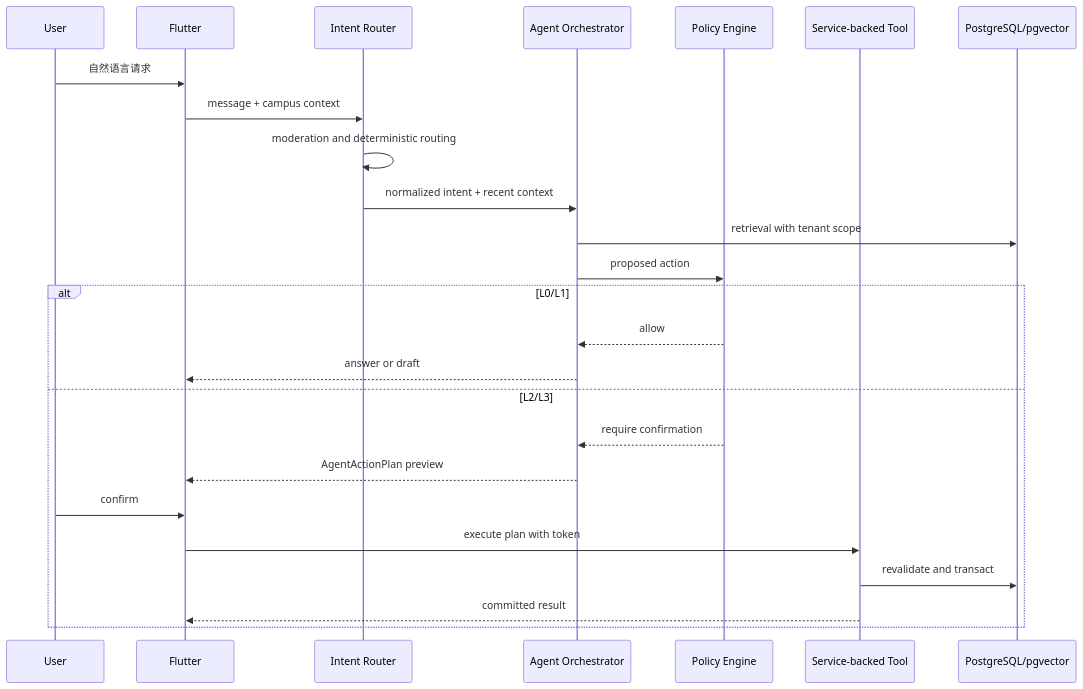
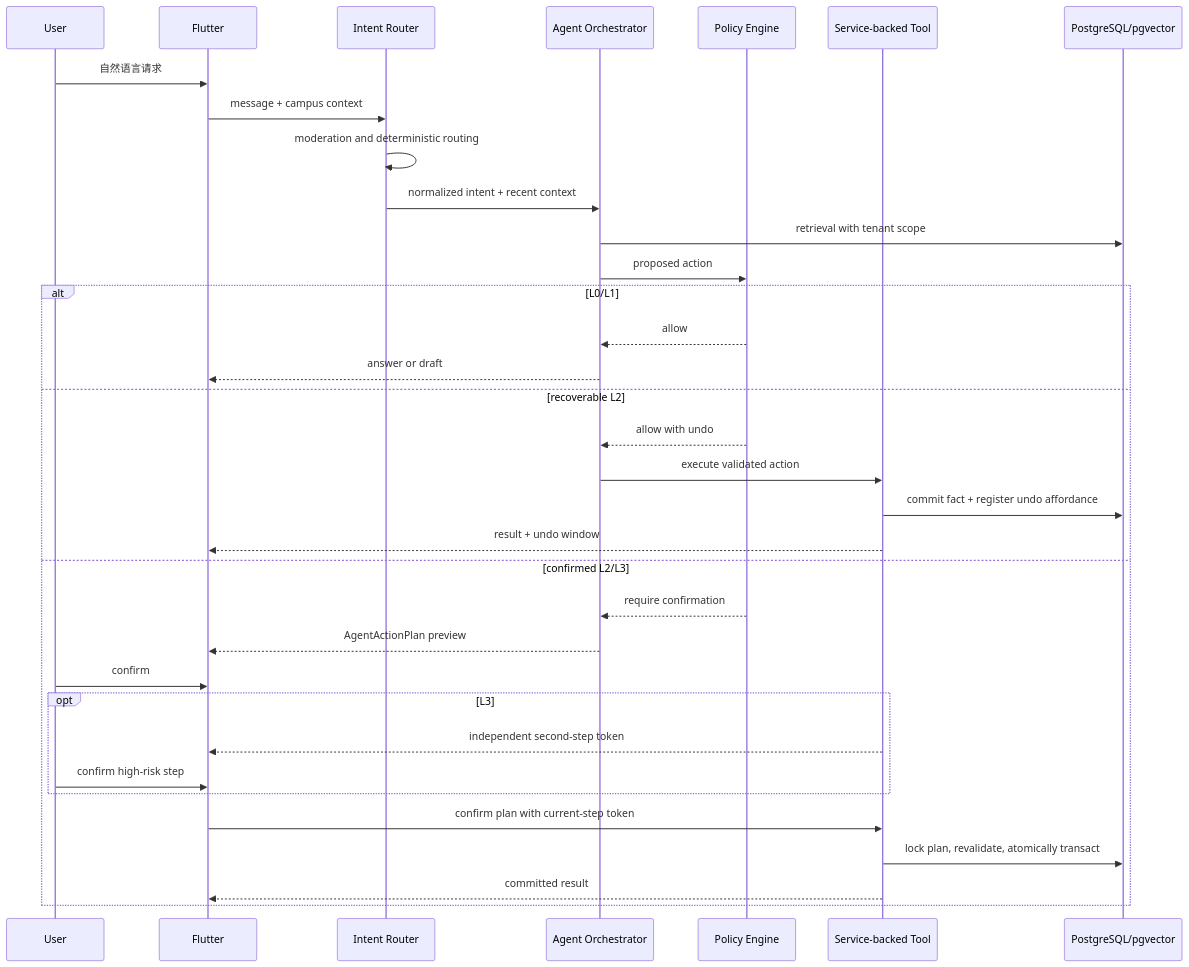
One commit to McTr0/Goods4ncu changed the diagram in docs/agent-system.md. Above: the diagram before and after it, drawn with Mermaid. The commit also changed other lines of this file and 24 other files, not shown here.

````diff
--- a/docs/agent-system.md
+++ b/docs/agent-system.md
@@ -43,28 +46,37 @@
 ```mermaid
 sequenceDiagram
     participant U as User
     participant UI as Flutter
     participant R as Intent Router
     participant A as Agent Orchestrator
     participant P as Policy Engine
     participant T as Service-backed Tool
     participant DB as PostgreSQL/pgvector
 
     U->>UI: 自然语言请求
     UI->>R: message + campus context
     R->>R: moderation and deterministic routing
     R->>A: normalized intent + recent context
     A->>DB: retrieval with tenant scope
     A->>P: proposed action
     alt L0/L1
         P-->>A: allow
         A-->>UI: answer or draft
-    else L2/L3
+    else recoverable L2
+        P-->>A: allow with undo
+        A->>T: execute validated action
+        T->>DB: commit fact + register undo affordance
+        T-->>UI: result + undo window
+    else confirmed L2/L3
         P-->>A: require confirmation
         A-->>UI: AgentActionPlan preview
         U->>UI: confirm
-        UI->>T: execute plan with token
-        T->>DB: revalidate and transact
+        opt L3
+            T-->>UI: independent second-step token
+            U->>UI: confirm high-risk step
+        end
+        UI->>T: confirm plan with current-step token
+        T->>DB: lock plan, revalidate, atomically transact
         T-->>UI: committed result
     end
 ```
````
